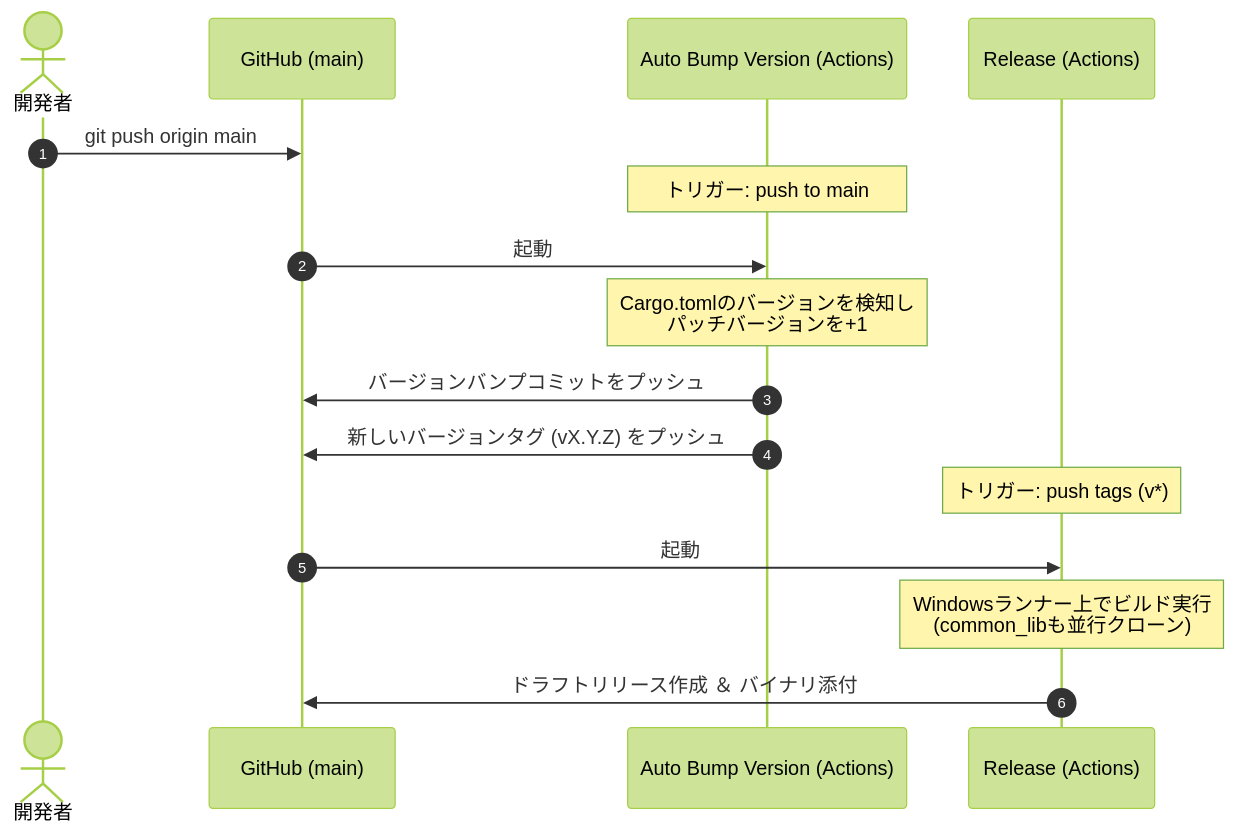
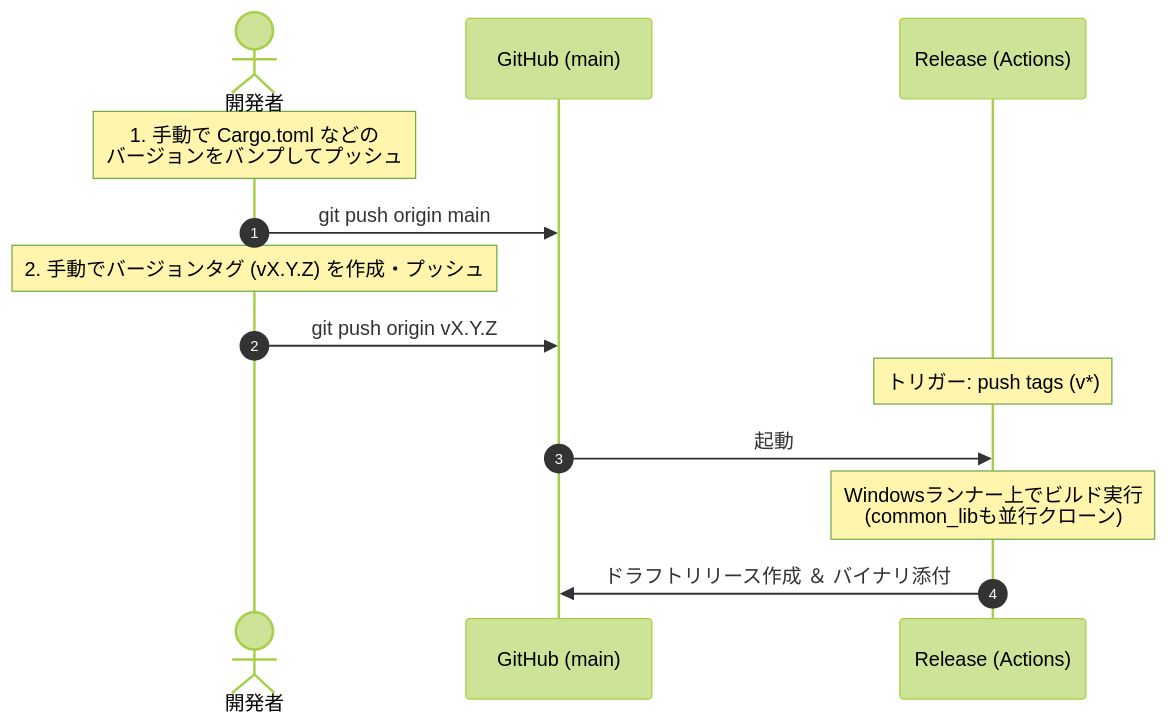
The diagram in docs/RELEASE_FLOW.md (tkshnkgwr/MiSysMon), drawn with Mermaid (forest theme) before and after one commit. The commit also changed other lines of this file and 2 other files, not shown here.

Commit message:
chore(ci): remove auto-bump workflow to prevent git conflicts [skip ci]

````diff
--- a/docs/RELEASE_FLOW.md
+++ b/docs/RELEASE_FLOW.md
@@ -11,19 +11,18 @@
 ```mermaid
 sequenceDiagram
     autonumber
     actor Developer as 開発者
     participant GitHub as GitHub (main)
-    participant ActionBump as Auto Bump Version (Actions)
     participant ActionRelease as Release (Actions)
 
+    Note over Developer: 1. 手動で Cargo.toml などの<br/>バージョンをバンプしてプッシュ
     Developer->>GitHub: git push origin main
-    Note over ActionBump: トリガー: push to main
-    GitHub->>ActionBump: 起動
-    Note over ActionBump: Cargo.tomlのバージョンを検知し<br/>パッチバージョンを+1
-    ActionBump->>GitHub: バージョンバンプコミットをプッシュ
-    ActionBump->>GitHub: 新しいバージョンタグ (vX.Y.Z) をプッシュ
+    
+    Note over Developer: 2. 手動でバージョンタグ (vX.Y.Z) を作成・プッシュ
+    Developer->>GitHub: git push origin vX.Y.Z
+    
     Note over ActionRelease: トリガー: push tags (v*)
     GitHub->>ActionRelease: 起動
     Note over ActionRelease: Windowsランナー上でビルド実行<br/>(common_libも並行クローン)
     ActionRelease->>GitHub: ドラフトリリース作成 ＆ バイナリ添付
 ```
````
